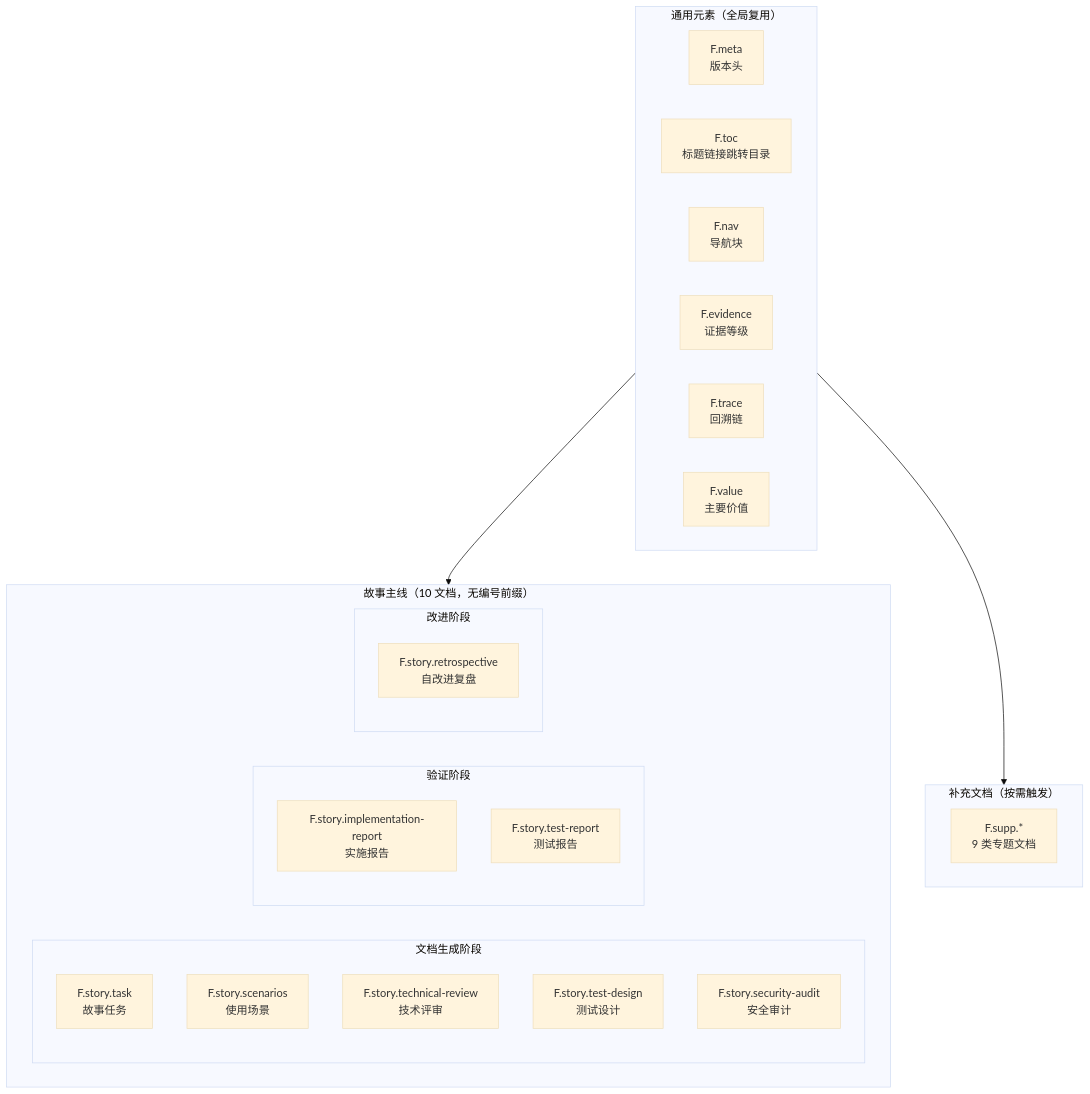
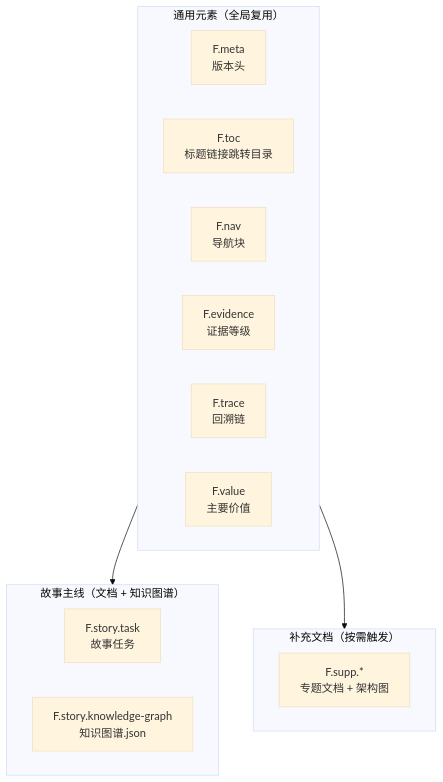
The first of 7 diagrams in skills/rui/formulas.md (effiy/YrY), drawn with Mermaid (base theme) before and after one commit. The commit also changed other lines of this file and 37 other files, not shown here.

````diff
--- a/skills/rui/formulas.md
+++ b/skills/rui/formulas.md
@@ -7,39 +7,27 @@
 ```mermaid
 flowchart TB
     subgraph 通用["通用元素（全局复用）"]
         F.meta["F.meta<br/>版本头"]
         F.toc["F.toc<br/>标题链接跳转目录"]
         F.nav["F.nav<br/>导航块"]
         F.evidence["F.evidence<br/>证据等级"]
         F.trace["F.trace<br/>回溯链"]
         F.value["F.value<br/>主要价值"]
     end
 
-    subgraph 主线["故事主线（10 文档，无编号前缀）"]
-        subgraph 生成["文档生成阶段"]
-            F01["F.story.task<br/>故事任务"]
-            F02["F.story.scenarios<br/>使用场景"]
-            F03["F.story.technical-review<br/>技术评审"]
-            F04["F.story.test-design<br/>测试设计"]
-            F05["F.story.security-audit<br/>安全审计"]
-        end
-        subgraph 验证["验证阶段"]
-            F06["F.story.implementation-report<br/>实施报告"]
-            F07["F.story.test-report<br/>测试报告"]
-        end
-        subgraph 改进["改进阶段"]
-            F08["F.story.retrospective<br/>自改进复盘"]
-        end
+    subgraph 主线["故事主线（文档 + 知识图谱）"]
+        F01["F.story.task<br/>故事任务"]
+        F02["F.story.knowledge-graph<br/>知识图谱.json"]
     end
 
     subgraph 补充["补充文档（按需触发）"]
-        FS["F.supp.*<br/>9 类专题文档"]
+        FS["F.supp.*<br/>专题文档 + 架构图"]
     end
 
     通用 --> 主线
     通用 --> 补充
 
     class F.meta,F.toc,F.nav,F.evidence,F.trace,F.value gen;
-    class F01,F02,F03,F04,F05,F06,F07,F08 story;
+    class F01,F02 story;
     class FS supp;
 ```
````
